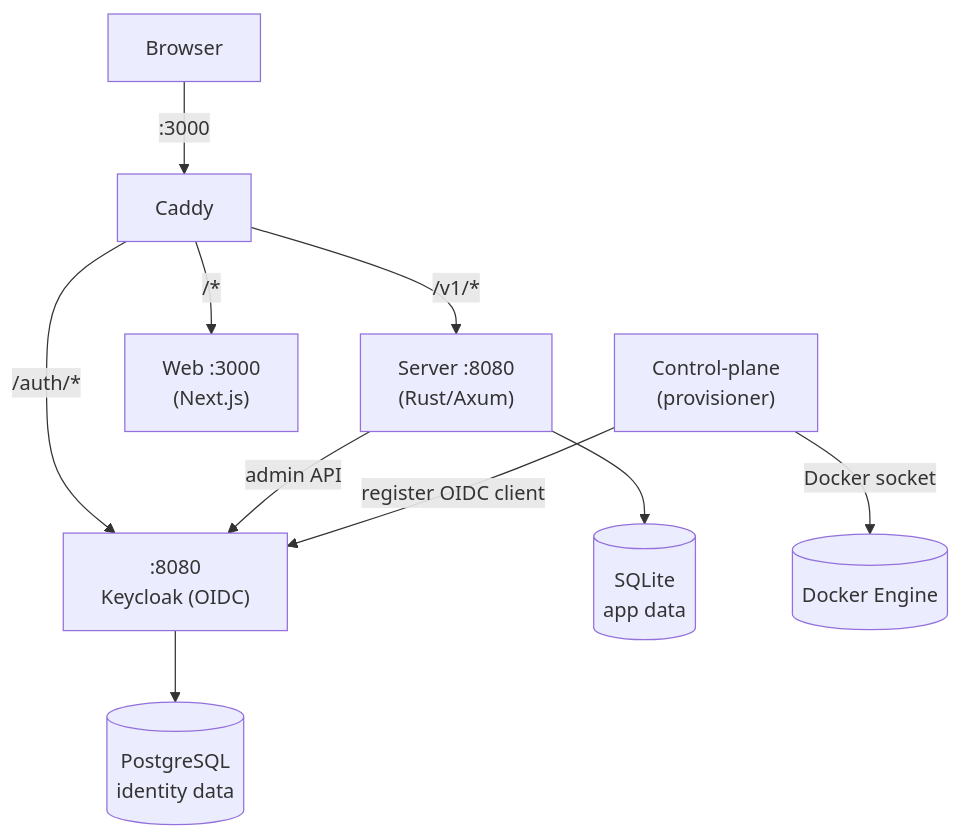
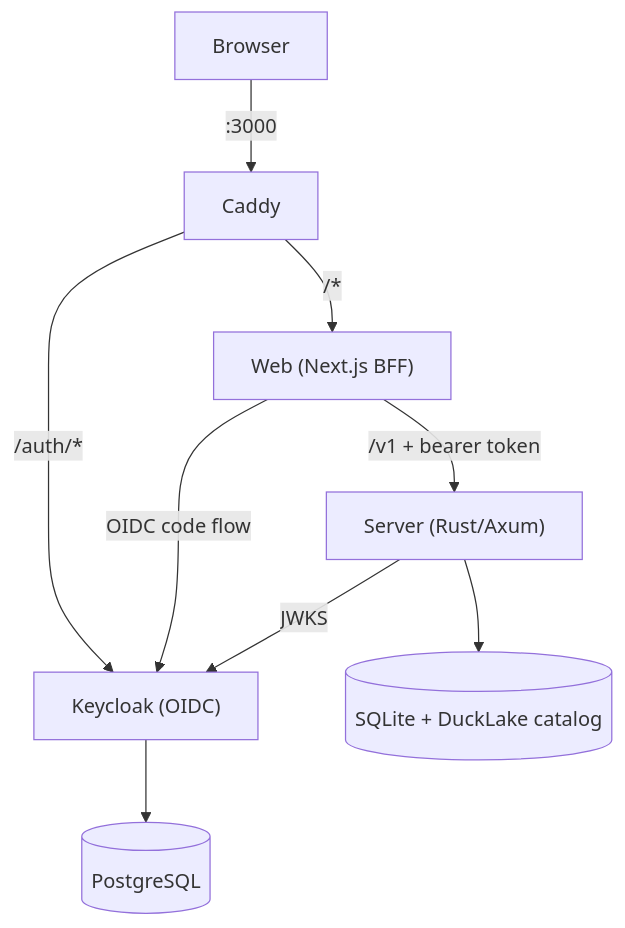
The diagram in README.md (Kanzo-Tech/keasy), drawn with Mermaid before and after one commit. The commit also changed other lines of this file, not shown here.

````diff
--- a/README.md
+++ b/README.md
@@ -81,16 +54,11 @@
 ```mermaid
 graph TD
     Browser -->|":3000"| Caddy
-
-    Caddy -->|"/v1/*"| Server["Server :8080<br/>(Rust/Axum)"]
-    Caddy -->|"/auth/*"| Keycloak[":8080<br/>Keycloak (OIDC)"]
-    Caddy -->|"/*"| Web["Web :3000<br/>(Next.js)"]
-
-    Server --> SQLite[(SQLite<br/>app data)]
-    Server -->|"admin API"| Keycloak
-
-    ControlPlane["Control-plane<br/>(provisioner)"] -->|"Docker socket"| Docker[("Docker Engine")]
-    ControlPlane -->|"register OIDC client"| Keycloak
-
-    Keycloak --> PostgreSQL[(PostgreSQL<br/>identity data)]
+    Caddy -->|"/auth/*"| Keycloak["Keycloak (OIDC)"]
+    Caddy -->|"/*"| Web["Web (Next.js BFF)"]
+    Web -->|"/v1 + bearer token"| Server["Server (Rust/Axum)"]
+    Web -->|"OIDC code flow"| Keycloak
+    Server -->|"JWKS"| Keycloak
+    Server --> SQLite[("SQLite + DuckLake catalog")]
+    Keycloak --> PostgreSQL[("PostgreSQL")]
 ```
````
